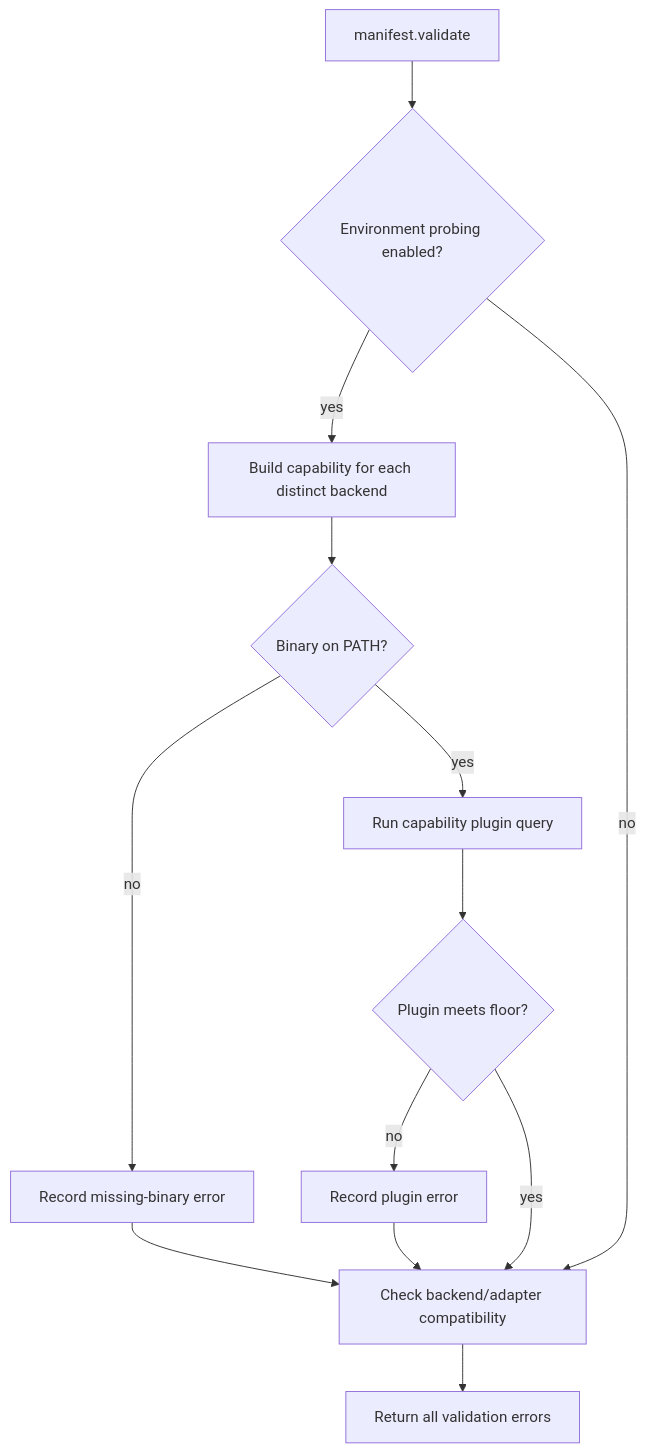
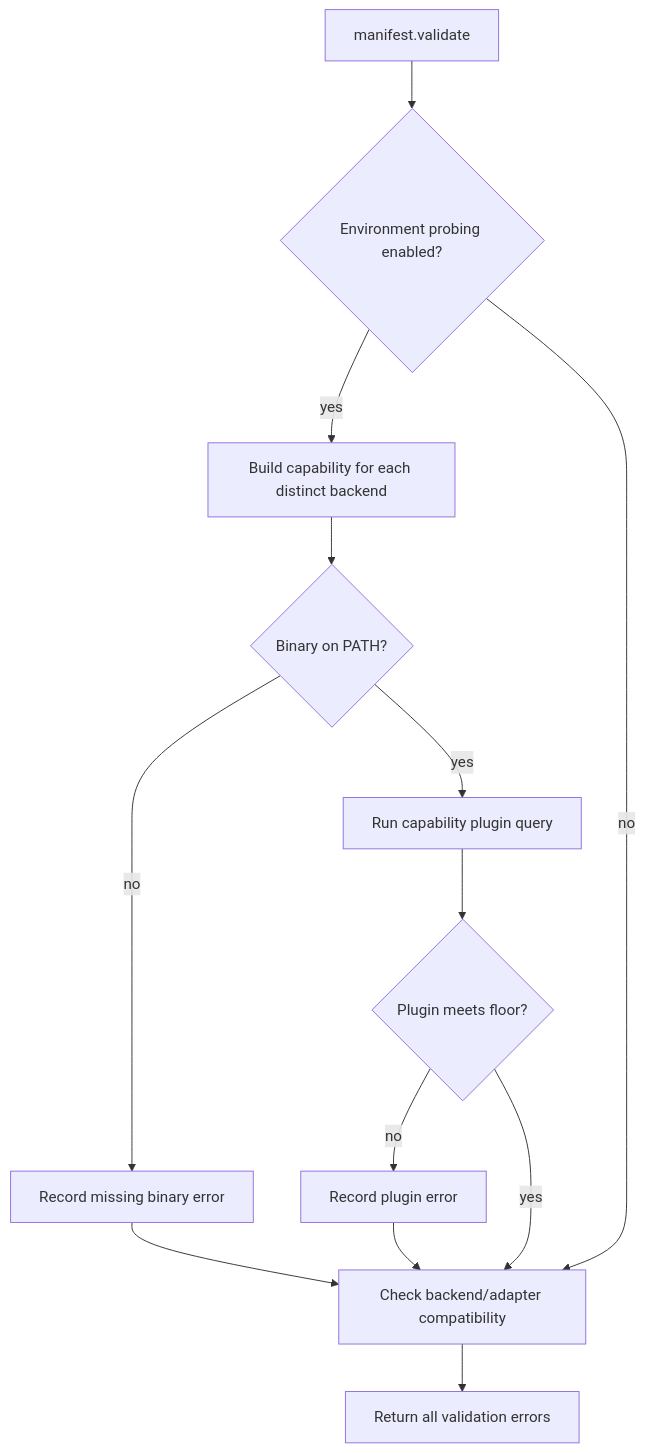
One commit to philgutowski/relay changed the diagram in docs/plans/2026-08-29-0745-feat-backend-readiness-preflight-plan.md. Above: the diagram before and after it, drawn with Mermaid. The commit also changed other lines of this file and 2 other files, not shown here.

````diff
--- a/docs/plans/2026-08-29-0745-feat-backend-readiness-preflight-plan.md
+++ b/docs/plans/2026-08-29-0745-feat-backend-readiness-preflight-plan.md
@@ -63,15 +63,15 @@
 ```mermaid
 flowchart TB
   V[manifest.validate] --> P{Environment probing enabled?}
   P -->|yes| C[Build capability for each distinct backend]
   C --> B{Binary on PATH?}
-  B -->|no| E[Record missing-binary error]
+  B -->|no| E[Record missing binary error]
   B -->|yes| Q[Run capability plugin query]
   Q --> L{Plugin meets floor?}
   L -->|no| E2[Record plugin error]
   P -->|no| A
   L -->|yes| A[Check backend/adapter compatibility]
   E --> A
   E2 --> A
   A --> R[Return all validation errors]
 ```
````
